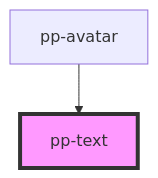
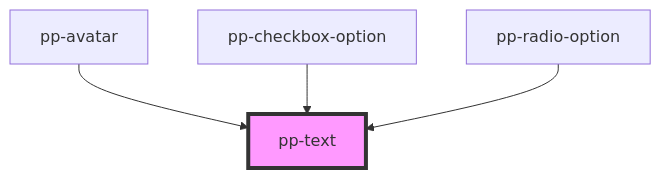
Before and after one commit to PomeloPay/pomelo-web-ui: the diagram in src/components/pp-text/readme.md, drawn with Mermaid. The commit also changed other lines of this file and 4 other files, not shown here.

````diff
--- a/src/components/pp-text/readme.md
+++ b/src/components/pp-text/readme.md
@@ -22,5 +24,7 @@
 ```mermaid
 graph TD;
   pp-avatar --> pp-text
+  pp-checkbox-option --> pp-text
+  pp-radio-option --> pp-text
   style pp-text fill:#f9f,stroke:#333,stroke-width:4px
 ```
````
